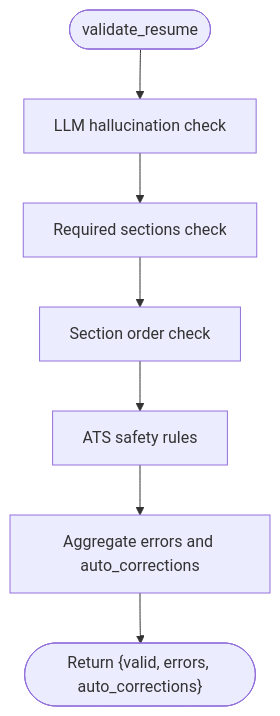
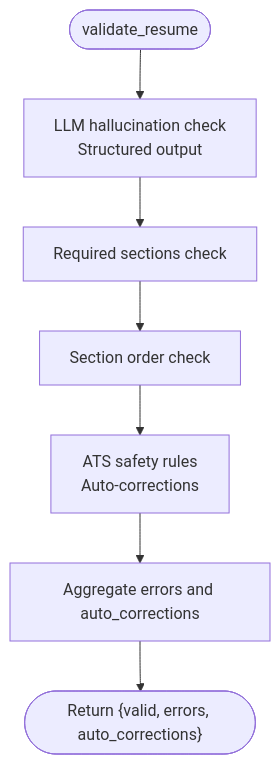
The fifth of 10 diagrams in .qoder/repowiki/en/content/AI Agent System/AI Agent System.md (sankaL/resume-app), drawn with Mermaid before and after one commit. The commit also changed other lines of this file and 19 other files, not shown here.

````diff
--- a/.qoder/repowiki/en/content/AI Agent System/AI Agent System.md
+++ b/.qoder/repowiki/en/content/AI Agent System/AI Agent System.md
@@ -245,9 +255,9 @@
 ```mermaid
 flowchart TD
-Start(["validate_resume"]) --> Hallu["LLM hallucination check"]
+Start(["validate_resume"]) --> Hallu["LLM hallucination check<br/>Structured output"]
 Hallu --> Req["Required sections check"]
 Req --> Order["Section order check"]
-Order --> ATSSafe["ATS safety rules"]
+Order --> ATSSafe["ATS safety rules<br/>Auto-corrections"]
 ATSSafe --> Merge["Aggregate errors and auto_corrections"]
 Merge --> End(["Return {valid, errors, auto_corrections}"])
 ```
````
